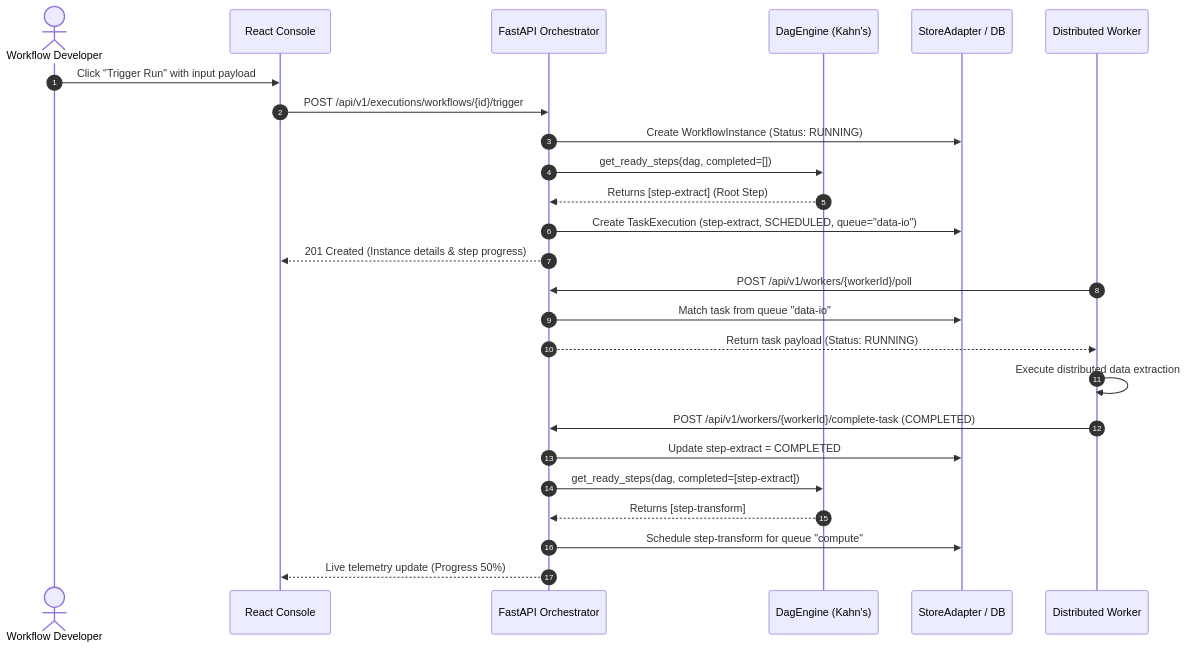
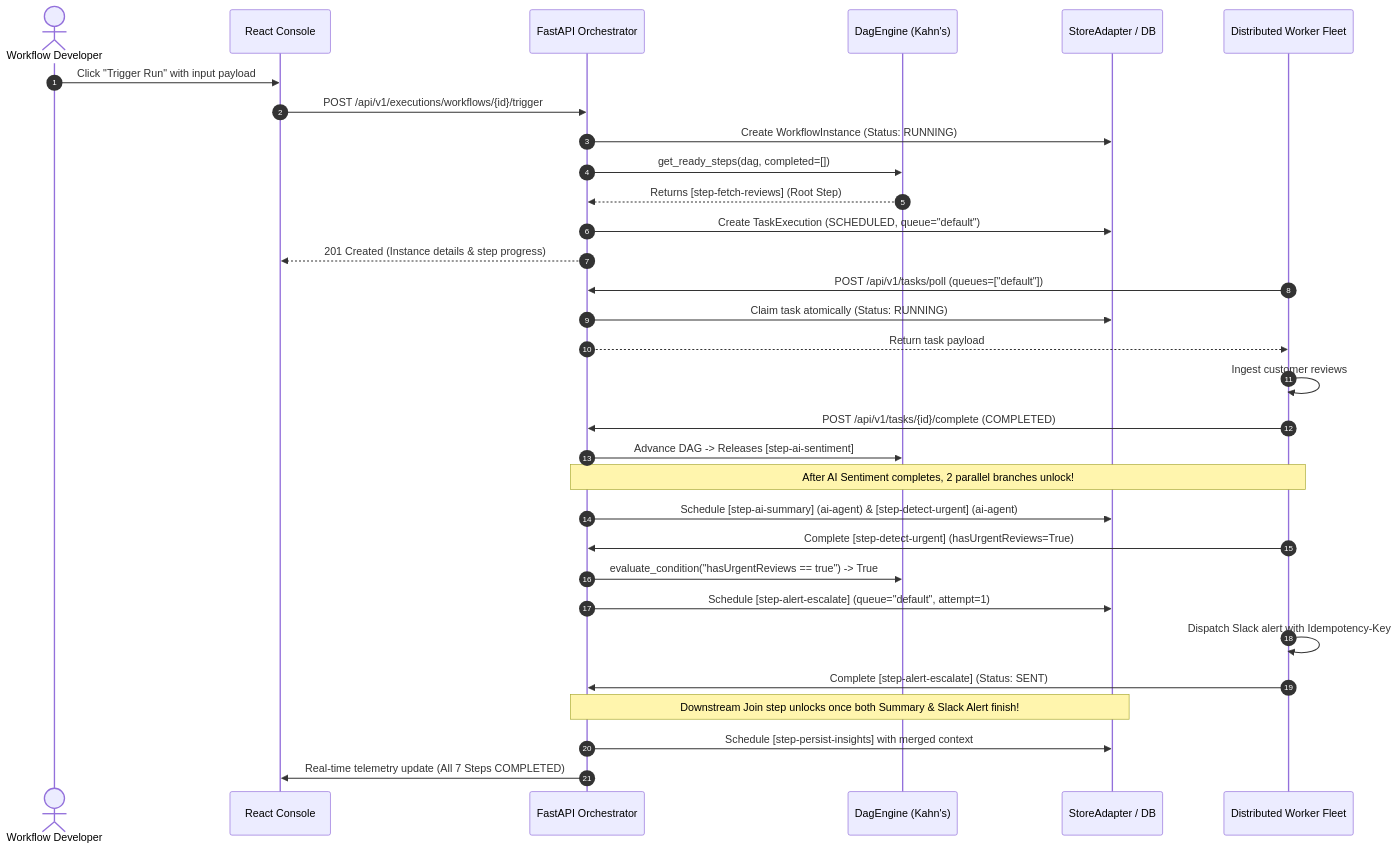
One commit to AnCoder1310/FlowForge changed diagram 11 of 11 in README.md. Above: the diagram before and after it, drawn with Mermaid. The commit also changed other lines of this file and 88 other files, not shown here.

````diff
--- a/README.md
+++ b/README.md
@@ -666,30 +841,40 @@
 ```mermaid
 sequenceDiagram
     autonumber
     actor Dev as Workflow Developer
     participant UI as React Console
     participant API as FastAPI Orchestrator
     participant DAG as DagEngine (Kahn's)
     participant Store as StoreAdapter / DB
-    participant Worker as Distributed Worker
+    participant Worker as Distributed Worker Fleet
 
     Dev->>UI: Click "Trigger Run" with input payload
     UI->>API: POST /api/v1/executions/workflows/{id}/trigger
     API->>Store: Create WorkflowInstance (Status: RUNNING)
     API->>DAG: get_ready_steps(dag, completed=[])
-    DAG-->>API: Returns [step-extract] (Root Step)
-    API->>Store: Create TaskExecution (step-extract, SCHEDULED, queue="data-io")
+    DAG-->>API: Returns [step-fetch-reviews] (Root Step)
+    API->>Store: Create TaskExecution (SCHEDULED, queue="default")
     API-->>UI: 201 Created (Instance details & step progress)
 
-    Worker->>API: POST /api/v1/workers/{workerId}/poll
-    API->>Store: Match task from queue "data-io"
-    API-->>Worker: Return task payload (Status: RUNNING)
+    Worker->>API: POST /api/v1/tasks/poll (queues=["default"])
+    API->>Store: Claim task atomically (Status: RUNNING)
+    API-->>Worker: Return task payload
 
-    Worker->>Worker: Execute distributed data extraction
-    Worker->>API: POST /api/v1/workers/{workerId}/complete-task (COMPLETED)
-    API->>Store: Update step-extract = COMPLETED
-    API->>DAG: get_ready_steps(dag, completed=[step-extract])
-    DAG-->>API: Returns [step-transform]
-    API->>Store: Schedule step-transform for queue "compute"
-    API-->>UI: Live telemetry update (Progress 50%)
+    Worker->>Worker: Ingest customer reviews
+    Worker->>API: POST /api/v1/tasks/{id}/complete (COMPLETED)
+    API->>DAG: Advance DAG -> Releases [step-ai-sentiment]
+
+    Note over API,Worker: After AI Sentiment completes, 2 parallel branches unlock!
+    API->>Store: Schedule [step-ai-summary] (ai-agent) & [step-detect-urgent] (ai-agent)
+
+    Worker->>API: Complete [step-detect-urgent] (hasUrgentReviews=True)
+    API->>DAG: evaluate_condition("hasUrgentReviews == true") -> True
+    API->>Store: Schedule [step-alert-escalate] (queue="default", attempt=1)
+
+    Worker->>Worker: Dispatch Slack alert with Idempotency-Key
+    Worker->>API: Complete [step-alert-escalate] (Status: SENT)
+
+    Note over API,Store: Downstream Join step unlocks once both Summary & Slack Alert finish!
+    API->>Store: Schedule [step-persist-insights] with merged context
+    API->>UI: Real-time telemetry update (All 7 Steps COMPLETED)
 ```
````
